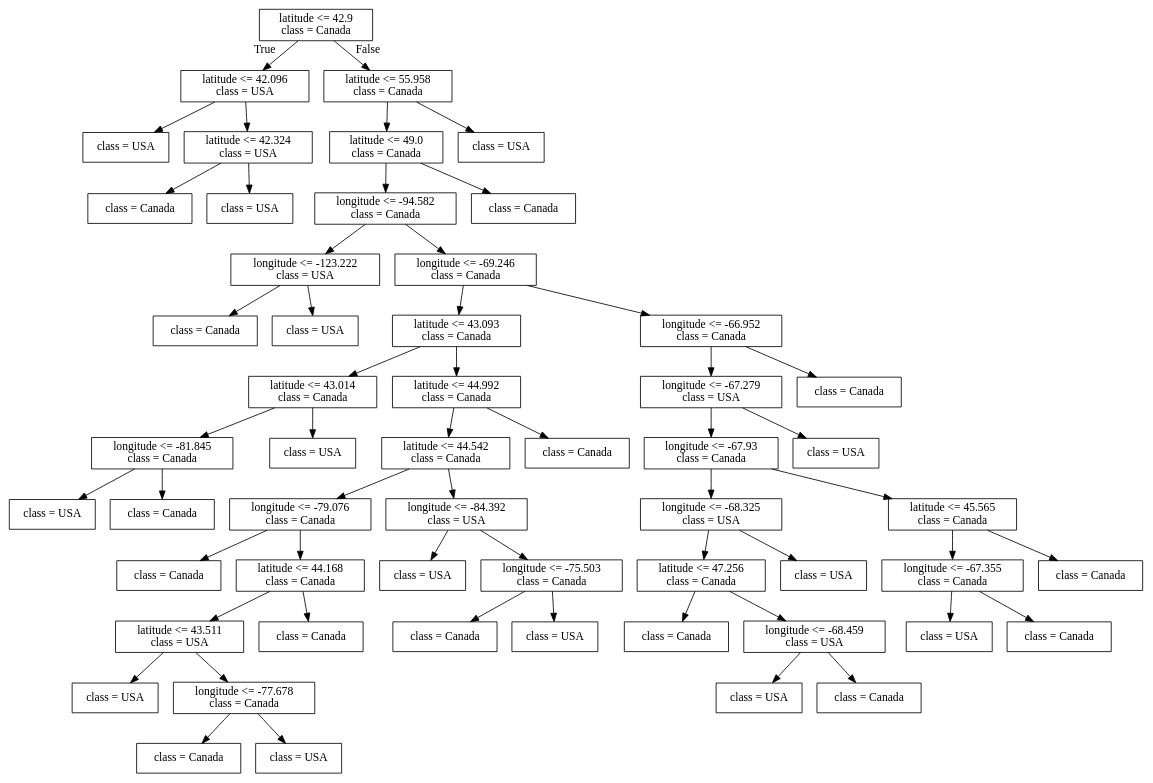
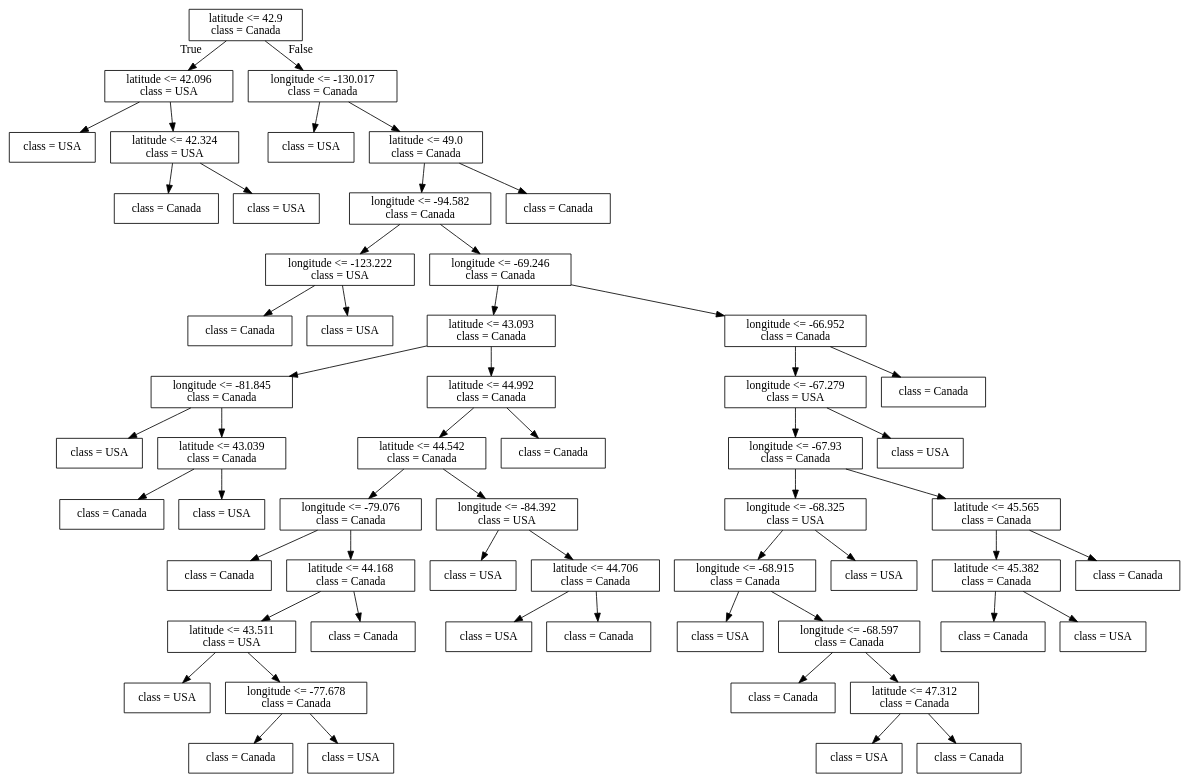
The diagram in lectures/Source.gv (bait509-ubc/BAIT509), drawn with Graphviz before and after one commit. The commit also changed 53 other files, not shown here.

```diff
--- a/lectures/Source.gv
+++ b/lectures/Source.gv
@@ -1,112 +1,116 @@
 digraph Tree {
 node [shape=box] ;
 0 [label="latitude <= 42.9\nclass = Canada"] ;
 1 [label="latitude <= 42.096\nclass = USA"] ;
 0 -> 1 [labeldistance=2.5, labelangle=45, headlabel="True"] ;
 2 [label="class = USA"] ;
 1 -> 2 ;
 3 [label="latitude <= 42.324\nclass = USA"] ;
 1 -> 3 ;
 4 [label="class = Canada"] ;
 3 -> 4 ;
 5 [label="class = USA"] ;
 3 -> 5 ;
-6 [label="latitude <= 55.958\nclass = Canada"] ;
+6 [label="longitude <= -130.017\nclass = Canada"] ;
 0 -> 6 [labeldistance=2.5, labelangle=-45, headlabel="False"] ;
-7 [label="latitude <= 49.0\nclass = Canada"] ;
+7 [label="class = USA"] ;
 6 -> 7 ;
-8 [label="longitude <= -94.582\nclass = Canada"] ;
-7 -> 8 ;
-9 [label="longitude <= -123.222\nclass = USA"] ;
+8 [label="latitude <= 49.0\nclass = Canada"] ;
+6 -> 8 ;
+9 [label="longitude <= -94.582\nclass = Canada"] ;
 8 -> 9 ;
-10 [label="class = Canada"] ;
+10 [label="longitude <= -123.222\nclass = USA"] ;
 9 -> 10 ;
-11 [label="class = USA"] ;
-9 -> 11 ;
-12 [label="longitude <= -69.246\nclass = Canada"] ;
-8 -> 12 ;
-13 [label="latitude <= 43.093\nclass = Canada"] ;
-12 -> 13 ;
-14 [label="latitude <= 43.014\nclass = Canada"] ;
+11 [label="class = Canada"] ;
+10 -> 11 ;
+12 [label="class = USA"] ;
+10 -> 12 ;
+13 [label="longitude <= -69.246\nclass = Canada"] ;
+9 -> 13 ;
+14 [label="latitude <= 43.093\nclass = Canada"] ;
 13 -> 14 ;
 15 [label="longitude <= -81.845\nclass = Canada"] ;
 14 -> 15 ;
 16 [label="class = USA"] ;
 15 -> 16 ;
-17 [label="class = Canada"] ;
+17 [label="latitude <= 43.039\nclass = Canada"] ;
 15 -> 17 ;
-18 [label="class = USA"] ;
-14 -> 18 ;
-19 [label="latitude <= 44.992\nclass = Canada"] ;
-13 -> 19 ;
-20 [label="latitude <= 44.542\nclass = Canada"] ;
-19 -> 20 ;
-21 [label="longitude <= -79.076\nclass = Canada"] ;
+18 [label="class = Canada"] ;
+17 -> 18 ;
+19 [label="class = USA"] ;
+17 -> 19 ;
+20 [label="latitude <= 44.992\nclass = Canada"] ;
+14 -> 20 ;
+21 [label="latitude <= 44.542\nclass = Canada"] ;
 20 -> 21 ;
-22 [label="class = Canada"] ;
+22 [label="longitude <= -79.076\nclass = Canada"] ;
 21 -> 22 ;
-23 [label="latitude <= 44.168\nclass = Canada"] ;
-21 -> 23 ;
-24 [label="latitude <= 43.511\nclass = USA"] ;
-23 -> 24 ;
-25 [label="class = USA"] ;
+23 [label="class = Canada"] ;
+22 -> 23 ;
+24 [label="latitude <= 44.168\nclass = Canada"] ;
+22 -> 24 ;
+25 [label="latitude <= 43.511\nclass = USA"] ;
 24 -> 25 ;
-26 [label="longitude <= -77.678\nclass = Canada"] ;
-24 -> 26 ;
-27 [label="class = Canada"] ;
-26 -> 27 ;
-28 [label="class = USA"] ;
-26 -> 28 ;
-29 [label="class = Canada"] ;
-23 -> 29 ;
-30 [label="longitude <= -84.392\nclass = USA"] ;
-20 -> 30 ;
-31 [label="class = USA"] ;
-30 -> 31 ;
-32 [label="longitude <= -75.503\nclass = Canada"] ;
-30 -> 32 ;
-33 [label="class = Canada"] ;
-32 -> 33 ;
+26 [label="class = USA"] ;
+25 -> 26 ;
+27 [label="longitude <= -77.678\nclass = Canada"] ;
+25 -> 27 ;
+28 [label="class = Canada"] ;
+27 -> 28 ;
+29 [label="class = USA"] ;
+27 -> 29 ;
+30 [label="class = Canada"] ;
+24 -> 30 ;
+31 [label="longitude <= -84.392\nclass = USA"] ;
+21 -> 31 ;
+32 [label="class = USA"] ;
+31 -> 32 ;
+33 [label="latitude <= 44.706\nclass = Canada"] ;
+31 -> 33 ;
 34 [label="class = USA"] ;
-32 -> 34 ;
+33 -> 34 ;
 35 [label="class = Canada"] ;
-19 -> 35 ;
-36 [label="longitude <= -66.952\nclass = Canada"] ;
-12 -> 36 ;
-37 [label="longitude <= -67.279\nclass = USA"] ;
-36 -> 37 ;
-38 [label="longitude <= -67.93\nclass = Canada"] ;
+33 -> 35 ;
+36 [label="class = Canada"] ;
+20 -> 36 ;
+37 [label="longitude <= -66.952\nclass = Canada"] ;
+13 -> 37 ;
+38 [label="longitude <= -67.279\nclass = USA"] ;
 37 -> 38 ;
-39 [label="longitude <= -68.325\nclass = USA"] ;
+39 [label="longitude <= -67.93\nclass = Canada"] ;
 38 -> 39 ;
-40 [label="latitude <= 47.256\nclass = Canada"] ;
+40 [label="longitude <= -68.325\nclass = USA"] ;
 39 -> 40 ;
-41 [label="class = Canada"] ;
+41 [label="longitude <= -68.915\nclass = Canada"] ;
 40 -> 41 ;
-42 [label="longitude <= -68.459\nclass = USA"] ;
-40 -> 42 ;
-43 [label="class = USA"] ;
-42 -> 43 ;
+42 [label="class = USA"] ;
+41 -> 42 ;
+43 [label="longitude <= -68.597\nclass = Canada"] ;
+41 -> 43 ;
 44 [label="class = Canada"] ;
-42 -> 44 ;
-45 [label="class = USA"] ;
-39 -> 45 ;
-46 [label="latitude <= 45.565\nclass = Canada"] ;
-38 -> 46 ;
-47 [label="longitude <= -67.355\nclass = Canada"] ;
-46 -> 47 ;
+43 -> 44 ;
+45 [label="latitude <= 47.312\nclass = Canada"] ;
+43 -> 45 ;
+46 [label="class = USA"] ;
+45 -> 46 ;
+47 [label="class = Canada"] ;
+45 -> 47 ;
 48 [label="class = USA"] ;
-47 -> 48 ;
-49 [label="class = Canada"] ;
-47 -> 49 ;
-50 [label="class = Canada"] ;
-46 -> 50 ;
-51 [label="class = USA"] ;
-37 -> 51 ;
-52 [label="class = Canada"] ;
-36 -> 52 ;
+40 -> 48 ;
+49 [label="latitude <= 45.565\nclass = Canada"] ;
+39 -> 49 ;
+50 [label="latitude <= 45.382\nclass = Canada"] ;
+49 -> 50 ;
+51 [label="class = Canada"] ;
+50 -> 51 ;
+52 [label="class = USA"] ;
+50 -> 52 ;
 53 [label="class = Canada"] ;
-7 -> 53 ;
+49 -> 53 ;
 54 [label="class = USA"] ;
-6 -> 54 ;
+38 -> 54 ;
+55 [label="class = Canada"] ;
+37 -> 55 ;
+56 [label="class = Canada"] ;
+8 -> 56 ;
 }
```
